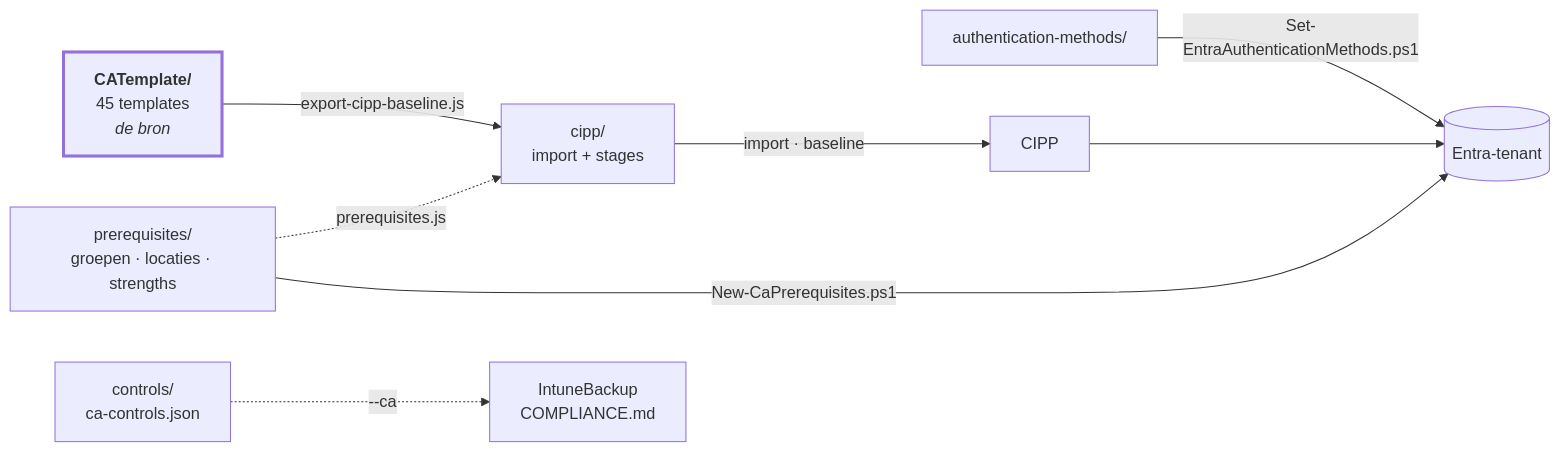
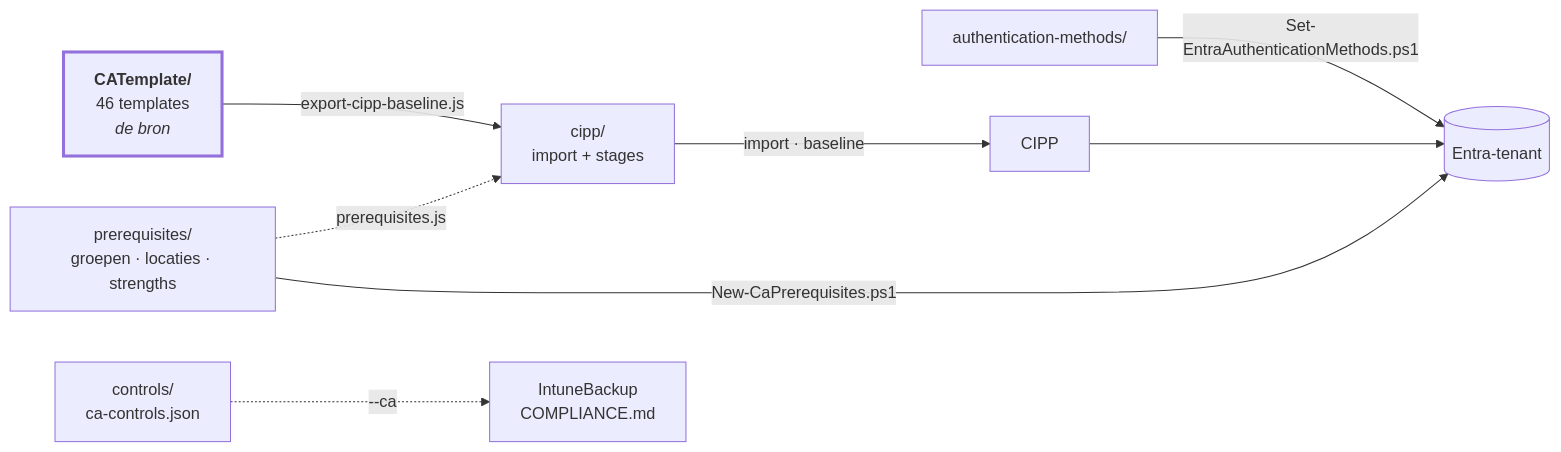
Before and after one commit to sjkanon/CA-Policies: the diagram in README.md, drawn with Mermaid. The commit also changed other lines of this file and 24 other files, not shown here.

````diff
--- a/README.md
+++ b/README.md
@@ -10,19 +10,19 @@
 ```mermaid
 flowchart LR
-  T["<b>CATemplate/</b><br/>45 templates<br/><i>de bron</i>"]
+  T["<b>CATemplate/</b><br/>46 templates<br/><i>de bron</i>"]
   P["prerequisites/<br/>groepen · locaties · strengths"]
   C["controls/<br/>ca-controls.json"]
   A["authentication-methods/"]
   X["cipp/<br/>import + stages"]
   TEN[("Entra-tenant")]
 
   T -->|export-cipp-baseline.js| X
   P -.->|prerequisites.js| X
   X -->|import · baseline| CIPP[CIPP]
   CIPP --> TEN
   P -->|New-CaPrerequisites.ps1| TEN
   A -->|Set-EntraAuthenticationMethods.ps1| TEN
   C -.->|--ca| IB["IntuneBackup<br/>COMPLIANCE.md"]
 
   style T stroke-width:3px
 ```
````
